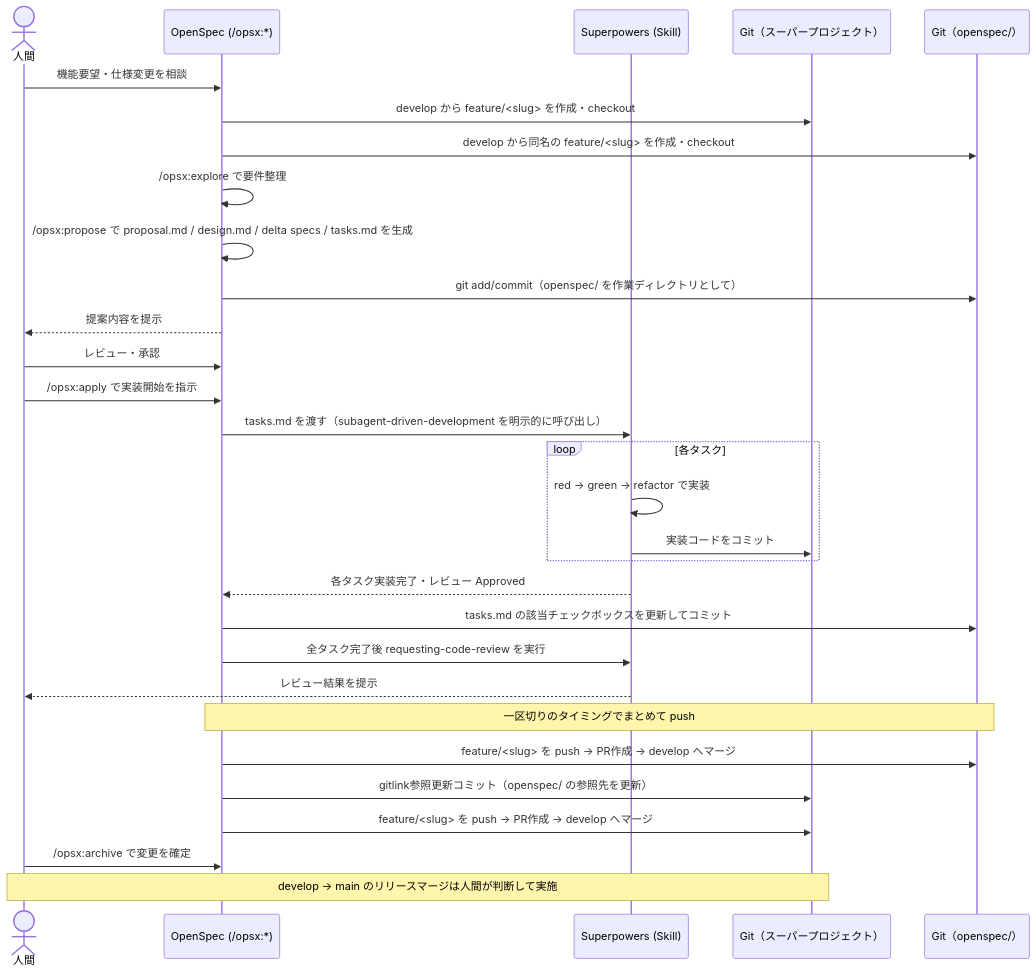
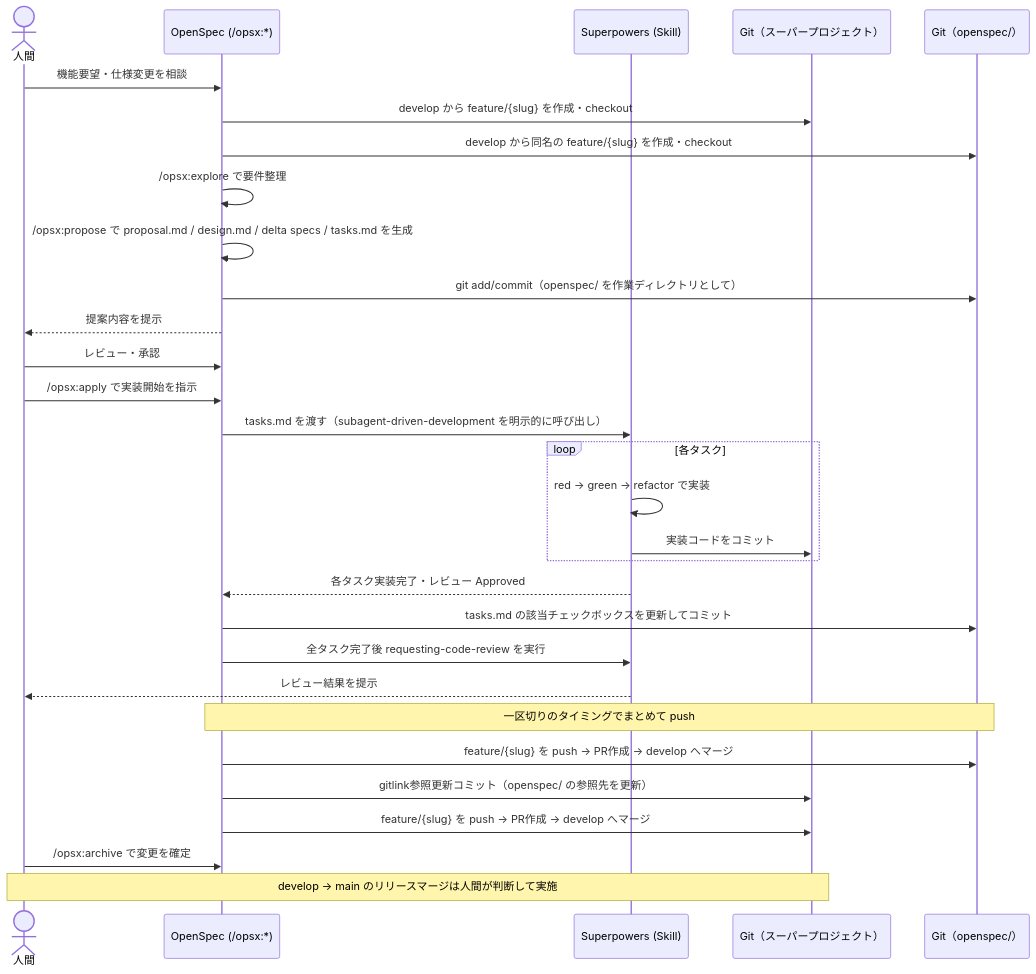
One commit to naokidotdev/poc-openspec-superpowers changed the first of 2 diagrams in README.md. Above: the diagram before and after it, drawn with Mermaid. The commit also changed other lines of this file and 2 other files, not shown here.

Commit message:
docs: align branch docs with develop and remove init-prompt.md
Note --base develop for PRs while main stays the GitHub default
branch, fix unescaped angle brackets in mermaid labels
(feature/<slug> -> feature/{slug}), and remove the now-obsolete
init-prompt.md bootstrap document.

Claude-Session: https://claude.ai/code/session_01M6ZK6anJYfr4jKNR5abeGB

````diff
--- a/README.md
+++ b/README.md
@@ -18,36 +18,36 @@
 ```mermaid
 sequenceDiagram
     actor 人間
     participant OpenSpec as OpenSpec (/opsx:*)
     participant Superpowers as Superpowers (Skill)
     participant GitSuper as Git（スーパープロジェクト）
     participant GitSpecs as Git（openspec/）
 
     人間->>OpenSpec: 機能要望・仕様変更を相談
-    OpenSpec->>GitSuper: develop から feature/<slug> を作成・checkout
-    OpenSpec->>GitSpecs: develop から同名の feature/<slug> を作成・checkout
+    OpenSpec->>GitSuper: develop から feature/{slug} を作成・checkout
+    OpenSpec->>GitSpecs: develop から同名の feature/{slug} を作成・checkout
     OpenSpec->>OpenSpec: /opsx:explore で要件整理
     OpenSpec->>OpenSpec: /opsx:propose で proposal.md / design.md / delta specs / tasks.md を生成
     OpenSpec->>GitSpecs: git add/commit（openspec/ を作業ディレクトリとして）
     OpenSpec-->>人間: 提案内容を提示
     人間->>OpenSpec: レビュー・承認
 
     人間->>OpenSpec: /opsx:apply で実装開始を指示
     OpenSpec->>Superpowers: tasks.md を渡す（subagent-driven-development を明示的に呼び出し）
     loop 各タスク
         Superpowers->>Superpowers: red → green → refactor で実装
         Superpowers->>GitSuper: 実装コードをコミット
     end
     Superpowers-->>OpenSpec: 各タスク実装完了・レビュー Approved
     OpenSpec->>GitSpecs: tasks.md の該当チェックボックスを更新してコミット
     OpenSpec->>Superpowers: 全タスク完了後 requesting-code-review を実行
     Superpowers-->>人間: レビュー結果を提示
 
     Note over OpenSpec,GitSpecs: 一区切りのタイミングでまとめて push
-    OpenSpec->>GitSpecs: feature/<slug> を push → PR作成 → develop へマージ
+    OpenSpec->>GitSpecs: feature/{slug} を push → PR作成 → develop へマージ
     OpenSpec->>GitSuper: gitlink参照更新コミット（openspec/ の参照先を更新）
-    OpenSpec->>GitSuper: feature/<slug> を push → PR作成 → develop へマージ
+    OpenSpec->>GitSuper: feature/{slug} を push → PR作成 → develop へマージ
     人間->>OpenSpec: /opsx:archive で変更を確定
 
     Note over 人間,GitSuper: develop → main のリリースマージは人間が判断して実施
 ```
````
